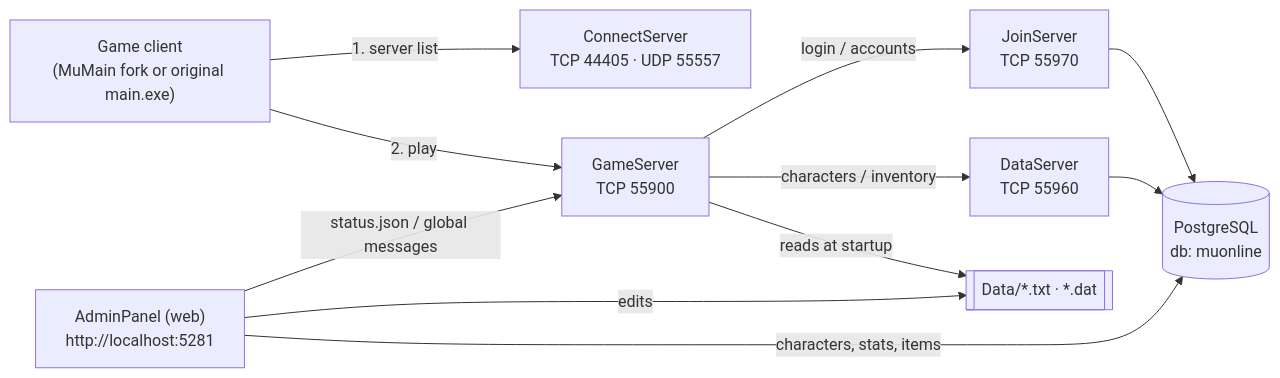
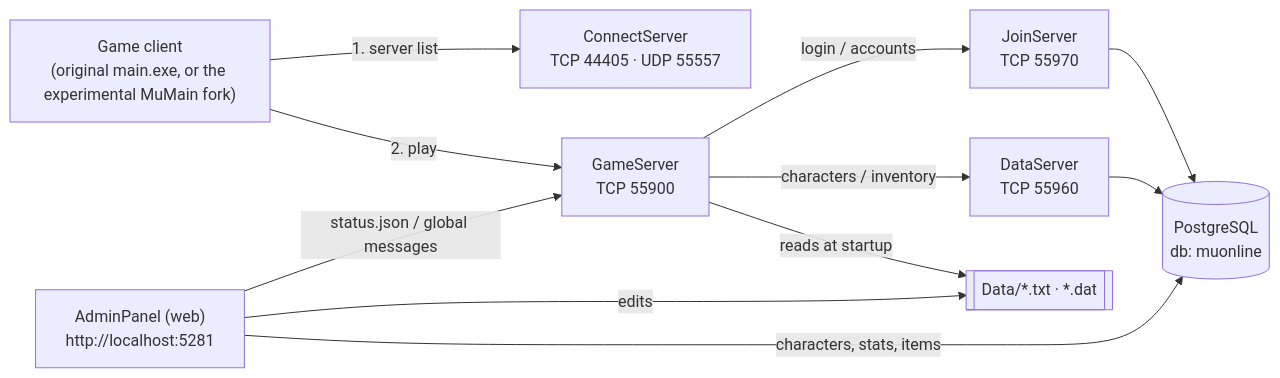
One commit to olddies/SharpSSeMU-99B changed the diagram in README.md. Above: the diagram before and after it, drawn with Mermaid. The commit also changed other lines of this file and 16 other files, not shown here.

First line of the commit message:
Original 0.99B client first; client configuration tool; release packaging

````diff
--- a/README.md
+++ b/README.md
@@ -41,22 +48,22 @@
 ```mermaid
 flowchart LR
-    C["Game client<br/>(MuMain fork or original main.exe)"]
+    C["Game client<br/>(original main.exe, or the experimental MuMain fork)"]
     CS["ConnectServer<br/>TCP 44405 · UDP 55557"]
     GS["GameServer<br/>TCP 55900"]
     JS["JoinServer<br/>TCP 55970"]
     DS["DataServer<br/>TCP 55960"]
     PG[("PostgreSQL<br/>db: muonline")]
     AP["AdminPanel (web)<br/>http://localhost:5281"]
     D[["Data/*.txt · *.dat"]]
 
     C -- "1. server list" --> CS
     C -- "2. play" --> GS
     GS -- "login / accounts" --> JS
     GS -- "characters / inventory" --> DS
     JS --> PG
     DS --> PG
     GS -- "reads at startup" --> D
     AP -- "edits" --> D
     AP -- "status.json / global messages" --> GS
     AP -- "characters, stats, items" --> PG
 ```
````
